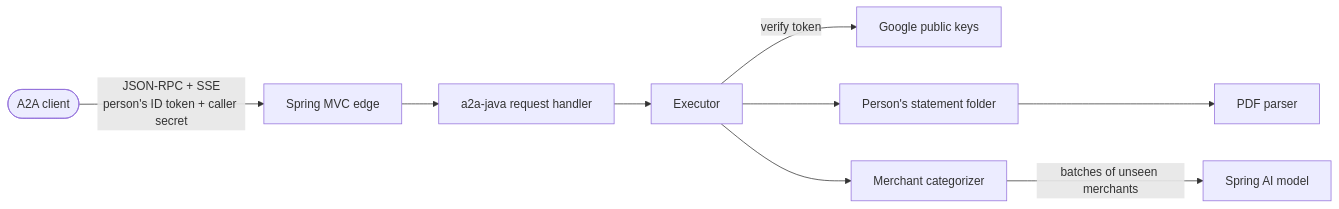
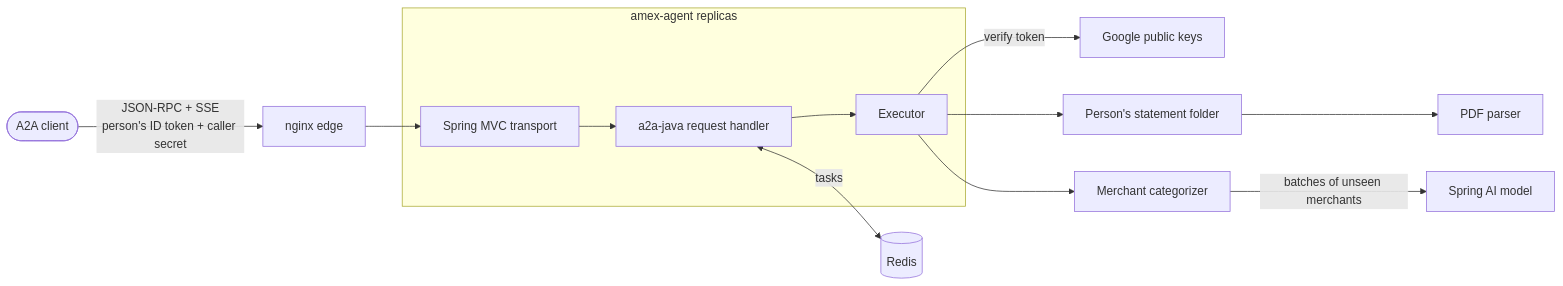
One commit to erancha/amex-agent changed the diagram in README.md. Above: the diagram before and after it, drawn with Mermaid. The commit also changed other lines of this file and 18 other files, not shown here.

````diff
--- a/README.md
+++ b/README.md
@@ -118,11 +118,15 @@
 ```mermaid
 flowchart LR
-  C([A2A client]) -->|JSON-RPC + SSE<br/>person's ID token + caller secret| E[Spring MVC edge]
-  E --> H[a2a-java request handler]
-  H --> X[Executor]
+  C([A2A client]) -->|JSON-RPC + SSE<br/>person's ID token + caller secret| N[nginx edge]
+  N --> E
+  subgraph R[amex-agent replicas]
+    E[Spring MVC transport] --> H[a2a-java request handler]
+    H --> X[Executor]
+  end
+  H <-->|tasks| T[(Redis)]
   X -->|verify token| G[Google public keys]
   X --> F[Person's statement folder]
   F --> P[PDF parser]
   X --> M[Merchant categorizer]
   M -->|batches of unseen merchants| L[Spring AI model]
 ```
````
